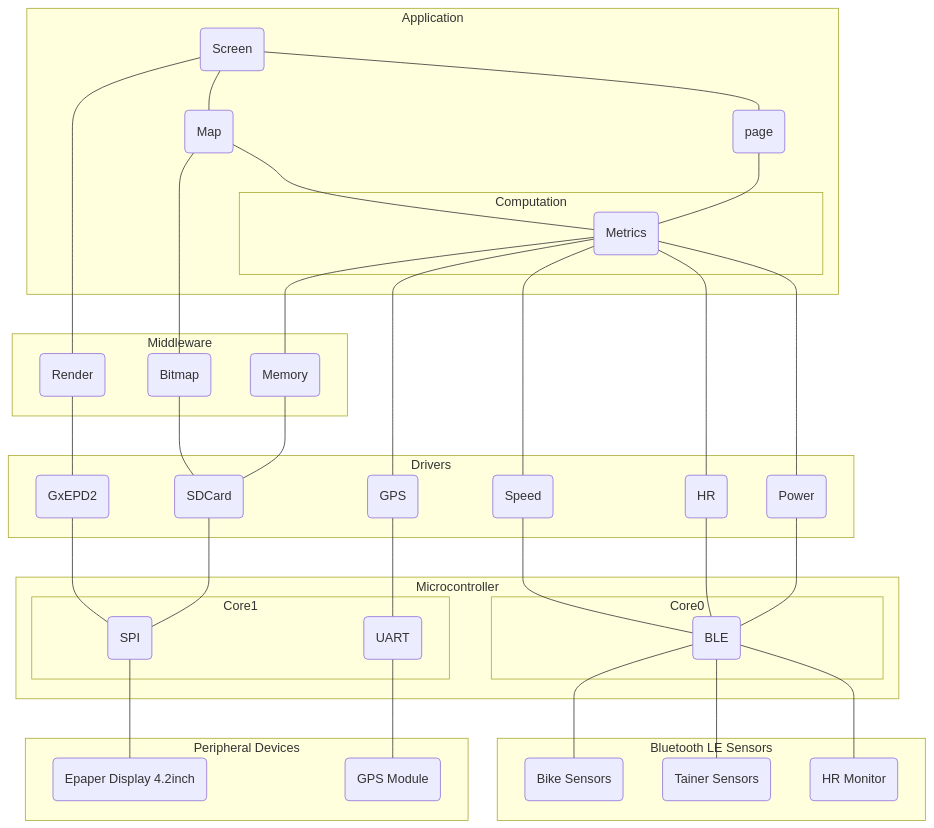
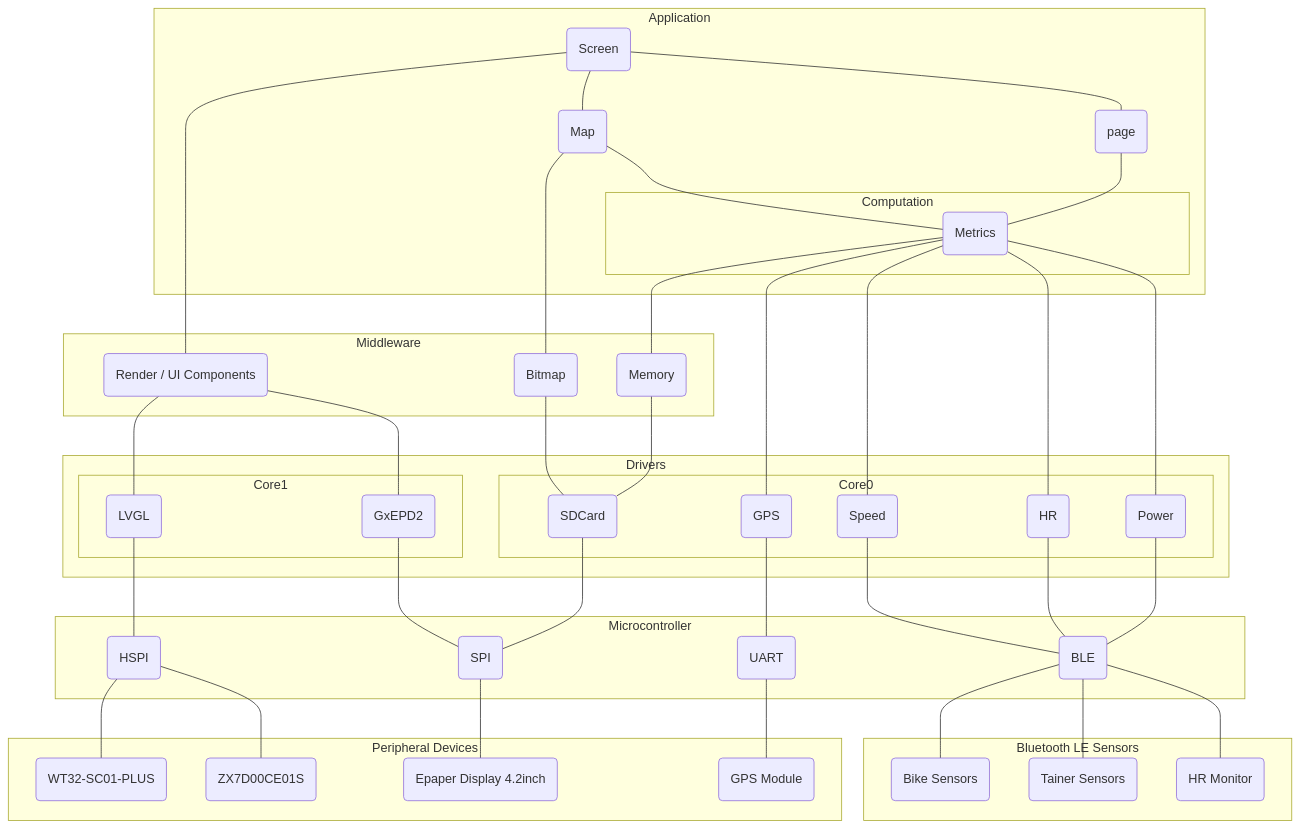
One commit to nikitaignatov/velometa changed the first of 2 diagrams in README.md. Above: the diagram before and after it, drawn with Mermaid. The commit also changed other lines of this file and 7 other files, not shown here.

```diff
--- a/README.md
+++ b/README.md
@@ -58,6 +76,8 @@
 
 subgraph "Peripheral Devices"
   epaper("Epaper Display 4.2inch")
+  35screen("WT32-SC01-PLUS")
+  7screen("ZX7D00CE01S")
   gps_module("GPS Module")
 end
 
@@ -68,44 +88,50 @@
 end
 
 subgraph "Microcontroller"
-  Core1("Core1")
-  Core0("Core0")
-end
-
-subgraph "Core1"
+  hspi("HSPI")
   spi("SPI")
-  uart("UART")
-  uart---gps_module
   spi---epaper
-end
-
-subgraph "Core0"
+  hspi---35screen
+  hspi---7screen
   ble("BLE")
   ble---bike
   ble---trainer
   ble---hr_monitor  
+  uart---gps_module
+  uart("UART")
 end
 
-subgraph "Drivers"
+subgraph "Core1"
+  lvgl("LVGL")
+  gfx("GxEPD2")
+end
+
+subgraph "Core0"
   sdcard("SDCard")
-  gfx("GxEPD2")
   gps("GPS")
   speed("Speed")
   power("Power")
   hr("HR")
+end
+
+subgraph "Drivers"
+  Core1("Core1")
+  Core0("Core0")
   hr---ble
   power---ble
   speed---ble
   gps---uart
+  lvgl---hspi
   gfx---spi
   sdcard---spi
 end
 
 subgraph "Middleware"
   memory("Memory")
-  render("Render")
+  render("Render / UI Components")
   bitmap("Bitmap")
   memory---sdcard
+  render---lvgl
   render---gfx
   bitmap---sdcard
 end
```
